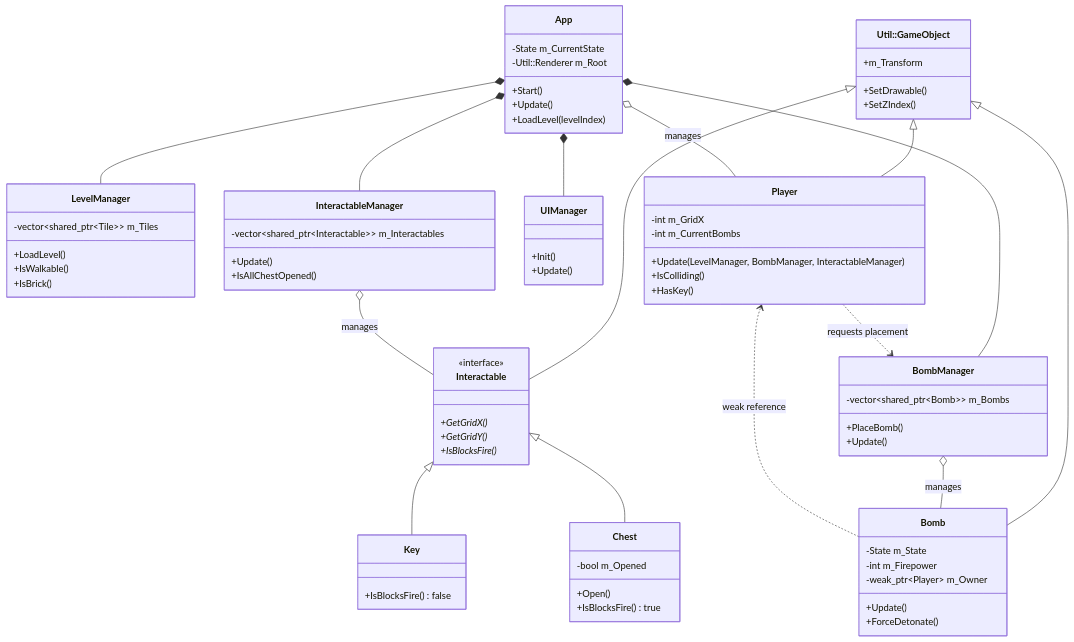
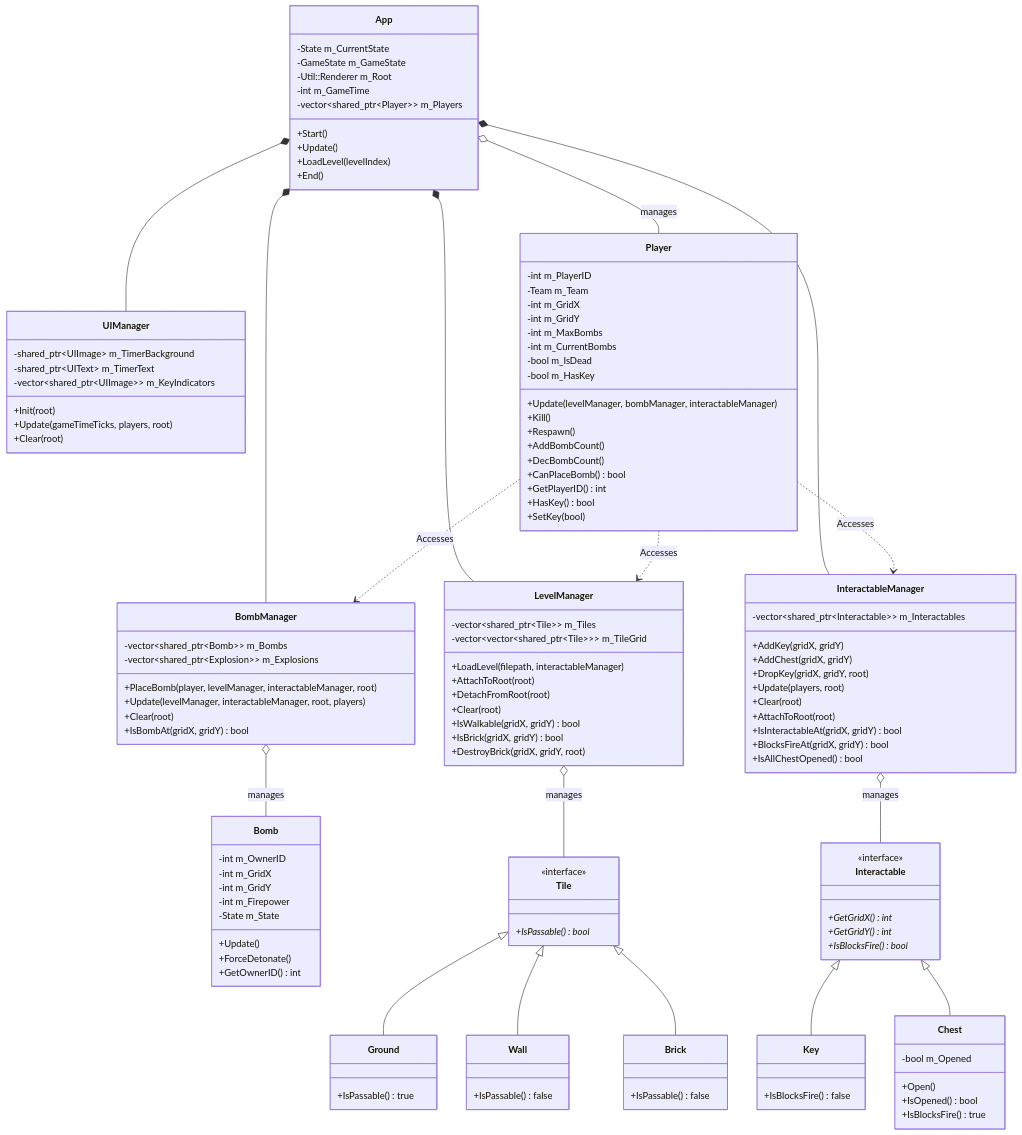
Before and after one commit to chingyen06/OOPL-Super-Bomberman: the second of 2 diagrams in Proposal.md, drawn with Mermaid. The commit also changed other lines of this file, not shown here.

Commit message:
Docs: 更新繼承關係、介面、圖層

````diff
--- a/Proposal.md
+++ b/Proposal.md
@@ -148,66 +177,117 @@
 classDiagram
     direction TB
 
-    %% 基底層 (Engine Layer)
-    class GameObject["Util::GameObject"] {
-        +m_Transform
-        +SetDrawable()
-        +SetZIndex()
-    }
-
-    %% 核心控制層 (App Layer)
+    %% --- 管理層 (Managers) ---
     class App {
         -State m_CurrentState
+        -GameState m_GameState
         -Util::Renderer m_Root
+        -int m_GameTime
+        -vector~shared_ptr~Player~~ m_Players
         +Start()
         +Update()
         +LoadLevel(levelIndex)
+        +End()
     }
 
-    %% 管理層 (Managers - 聚合關係)
     class LevelManager {
         -vector~shared_ptr~Tile~~ m_Tiles
-        +LoadLevel()
-        +IsWalkable()
-        +IsBrick()
+        -vector~vector~shared_ptr~Tile~~~ m_TileGrid
+        +LoadLevel(filepath, interactableManager)
+        +AttachToRoot(root)
+        +DetachFromRoot(root)
+        +Clear(root)
+        +IsWalkable(gridX, gridY) bool
+        +IsBrick(gridX, gridY) bool
+        +DestroyBrick(gridX, gridY, root)
     }
+
     class BombManager {
         -vector~shared_ptr~Bomb~~ m_Bombs
-        +PlaceBomb()
-        +Update()
+        -vector~shared_ptr~Explosion~~ m_Explosions
+        +PlaceBomb(player, levelManager, interactableManager, root)
+        +Update(levelManager, interactableManager, root, players)
+        +Clear(root)
+        +IsBombAt(gridX, gridY) bool
     }
+
     class InteractableManager {
         -vector~shared_ptr~Interactable~~ m_Interactables
-        +Update()
-        +IsAllChestOpened()
-    }
-    class UIManager {
-        +Init()
-        +Update()
+        +AddKey(gridX, gridY)
+        +AddChest(gridX, gridY)
+        +DropKey(gridX, gridY, root)
+        +Update(players, root)
+        +Clear(root)
+        +AttachToRoot(root)
+        +IsInteractableAt(gridX, gridY) bool
+        +BlocksFireAt(gridX, gridY) bool
+        +IsAllChestOpened() bool
     }
 
-    %% 實體層 (Entities - 繼承自 GameObject)
+    class UIManager {
+        -shared_ptr~UIImage~ m_TimerBackground
+        -shared_ptr~UIText~ m_TimerText
+        -vector~shared_ptr~UIImage~~ m_KeyIndicators
+        +Init(root)
+        +Update(gameTimeTicks, players, root)
+        +Clear(root)
+    }
+
+    %% --- 實體層 (Entities) ---
     class Player {
+        -int m_PlayerID
+        -Team m_Team
         -int m_GridX
+        -int m_GridY
+        -int m_MaxBombs
         -int m_CurrentBombs
-        +Update(LevelManager, BombManager, InteractableManager)
-        +IsColliding()
-        +HasKey()
+        -bool m_IsDead
+        -bool m_HasKey
+        +Update(levelManager, bombManager, interactableManager)
+        +Kill()
+        +Respawn()
+        +AddBombCount()
+        +DecBombCount()
+        +CanPlaceBomb() bool
+        +GetPlayerID() int
+        +HasKey() bool
+        +SetKey(bool)
     }
-    
+
     class Bomb {
+        -int m_OwnerID
+        -int m_GridX
+        -int m_GridY
+        -int m_Firepower
         -State m_State
-        -int m_Firepower
-        -weak_ptr~Player~ m_Owner
         +Update()
         +ForceDetonate()
+        +GetOwnerID() int
     }
+
+    %% --- 多型繼承樹 (Polymorphic Hierarchies) ---
+    class Tile {
+        <<interface>>
+        +IsPassable()* bool
+    }
+    class Ground {
+        +IsPassable() true
+    }
+    class Wall {
+        +IsPassable() false
+    }
+    class Brick {
+        +IsPassable() false
+    }
+    Tile <|-- Ground
+    Tile <|-- Wall
+    Tile <|-- Brick
 
     class Interactable {
         <<interface>>
-        +GetGridX()*
-        +GetGridY()*
-        +IsBlocksFire()*
+        +GetGridX()* int
+        +GetGridY()* int
+        +IsBlocksFire()* bool
     }
     class Key {
         +IsBlocksFire() false
@@ -215,25 +295,25 @@
     class Chest {
         -bool m_Opened
         +Open()
+        +IsOpened() bool
         +IsBlocksFire() true
     }
-
-    %% 繼承關係
-    GameObject <|-- Player
-    GameObject <|-- Bomb
-    GameObject <|-- Interactable
     Interactable <|-- Key
     Interactable <|-- Chest
 
-    %% 聚合/依賴關係
+
+    %% --- 系統聚合與依賴關係 ---
     App *-- LevelManager
     App *-- BombManager
     App *-- InteractableManager
     App *-- UIManager
     App o-- Player : manages
+
+    Player ..> BombManager : Accesses
+    Player ..> LevelManager : Accesses
+    Player ..> InteractableManager : Accesses
+    
     BombManager o-- Bomb : manages
+    LevelManager o-- Tile : manages
     InteractableManager o-- Interactable : manages
-
-    Player ..> BombManager : requests placement
-    Bomb ..> Player : weak reference
 ```
````
